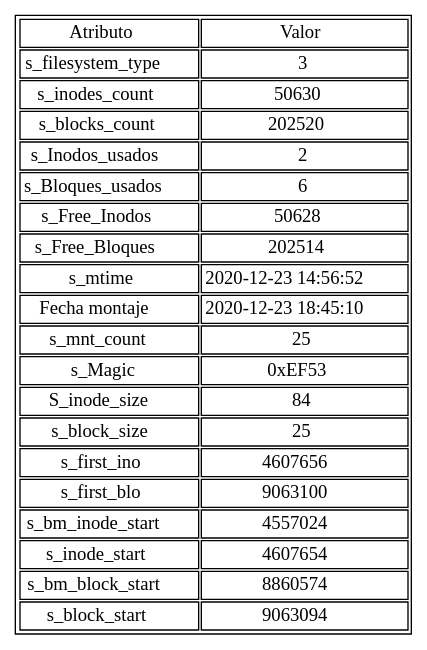
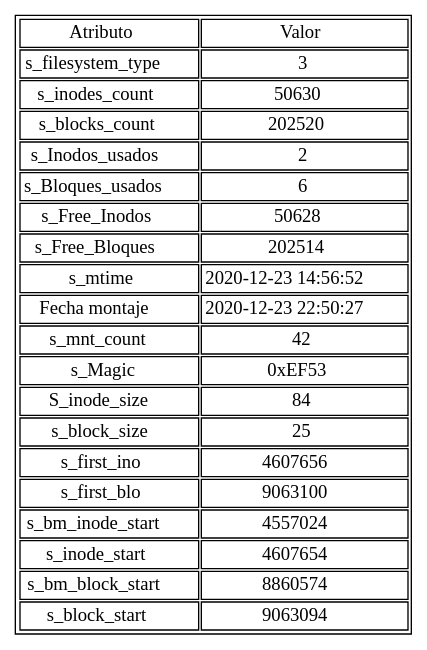
The diagram in codigo6.dot (kfabio001/-MIA-Proyecto1Fase2_20170907), drawn with Graphviz before and after one commit. The commit also changed 8 other files, not shown here.

```diff
--- a/codigo6.dot
+++ b/codigo6.dot
@@ -1,27 +1,27 @@
 digraph H {
  node [ shape=plain] 
  table [ label = <
   <table border='1' cellborder='1'>
    <tr><td>Atributo</td><td>Valor</td></tr>
    <tr><td>s_filesystem_type</td><td>3</td></tr>
    <tr><td>s_inodes_count</td><td>50630</td></tr>
    <tr><td>s_blocks_count</td><td>202520</td></tr>
    <tr><td>s_Inodos_usados</td><td>2</td></tr>
    <tr><td>s_Bloques_usados</td><td>6</td></tr>
    <tr><td>s_Free_Inodos</td><td>50628</td></tr>
    <tr><td>s_Free_Bloques</td><td>202514</td></tr>
    <tr><td>s_mtime</td><td>2020-12-23 14:56:52</td></tr>
-   <tr><td>Fecha montaje</td><td>2020-12-23 18:45:10</td></tr>
-   <tr><td>s_mnt_count</td><td>25</td></tr>
+   <tr><td>Fecha montaje</td><td>2020-12-23 22:50:27</td></tr>
+   <tr><td>s_mnt_count</td><td>42</td></tr>
    <tr><td>s_Magic</td><td>0xEF53</td></tr>
    <tr><td>S_inode_size</td><td>84</td></tr>
    <tr><td>s_block_size</td><td>25</td></tr>
    <tr><td>s_first_ino</td><td>4607656</td></tr>
    <tr><td>s_first_blo</td><td>9063100</td></tr>
    <tr><td>s_bm_inode_start</td><td>4557024</td></tr>
    <tr><td>s_inode_start</td><td>4607654</td></tr>
    <tr><td>s_bm_block_start</td><td>8860574</td></tr>
    <tr><td>s_block_start</td><td>9063094</td></tr>
   </table>
  > ]
 }
```
